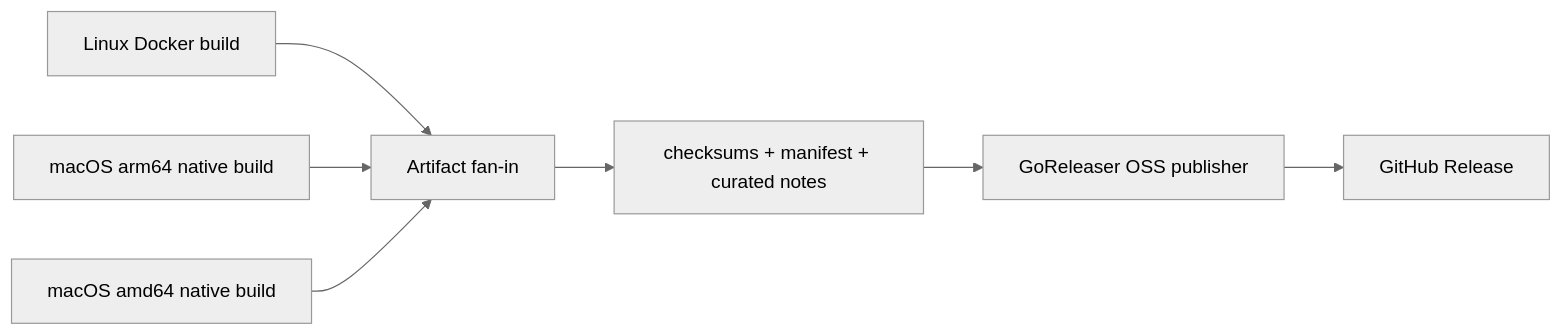
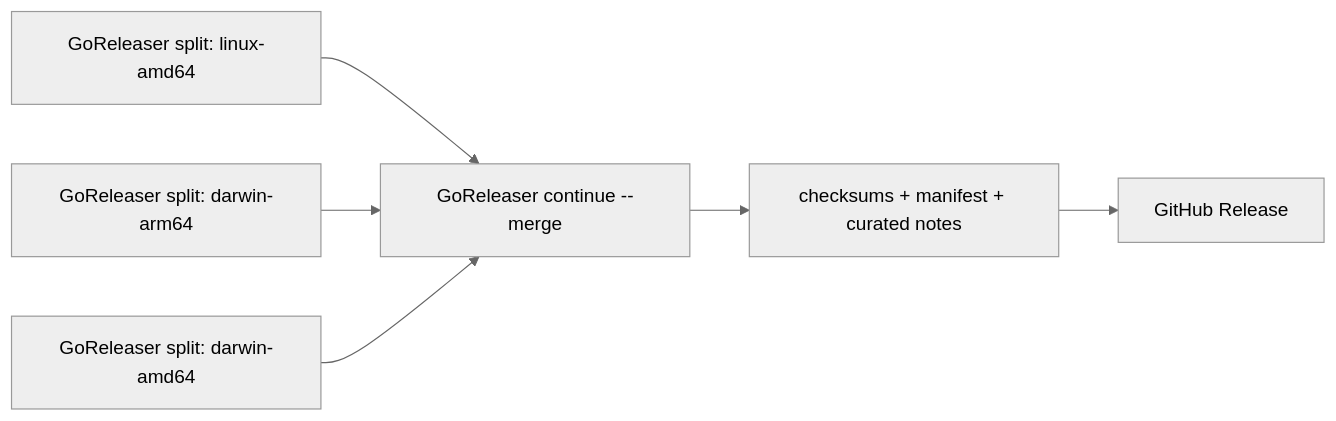
One commit to PriyanshiAgg/ai-defense-cli changed the second of 2 diagrams in docs/specs/003-cli-release/design.md. Above: the diagram before and after it, drawn with Mermaid (neutral theme). The commit also changed other lines of this file and 15 other files, not shown here.

Commit message:
ci: build releases with GoReleaser Pro

````diff
--- a/docs/specs/003-cli-release/design.md
+++ b/docs/specs/003-cli-release/design.md
@@ -85,9 +116,8 @@
 ```mermaid
 flowchart LR
-  Linux["Linux Docker build"] --> FanIn["Artifact fan-in"]
-  DarwinArm["macOS arm64 native build"] --> FanIn
-  DarwinAmd["macOS amd64 native build"] --> FanIn
-  FanIn --> Metadata["checksums + manifest + curated notes"]
-  Metadata --> GoReleaser["GoReleaser OSS publisher"]
-  GoReleaser --> GitHub["GitHub Release"]
+  Linux["GoReleaser split: linux-amd64"] --> Merge["GoReleaser continue --merge"]
+  DarwinArm["GoReleaser split: darwin-arm64"] --> Merge
+  DarwinAmd["GoReleaser split: darwin-amd64"] --> Merge
+  Merge --> Metadata["checksums + manifest + curated notes"]
+  Metadata --> GitHub["GitHub Release"]
 ```
````
